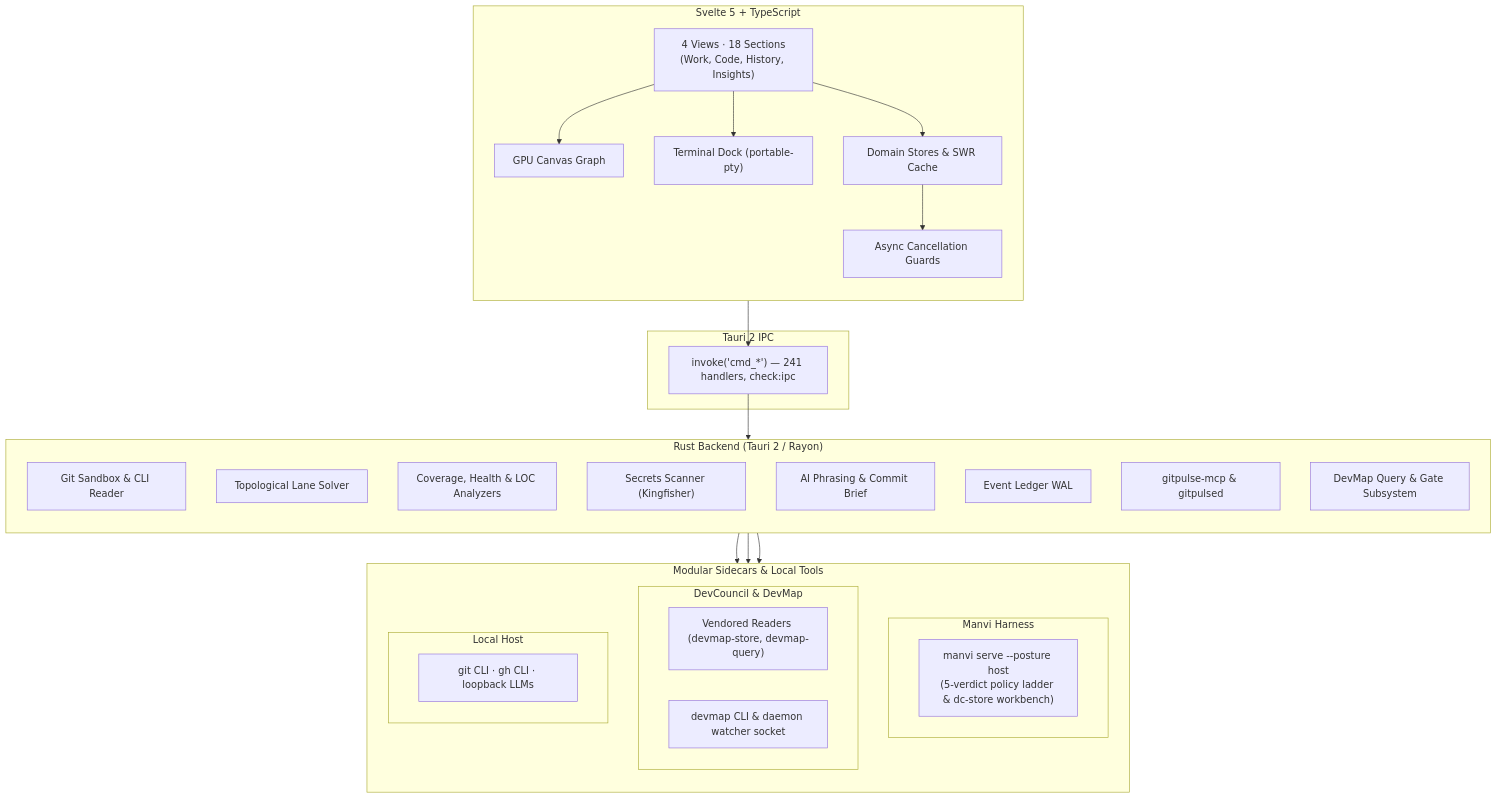
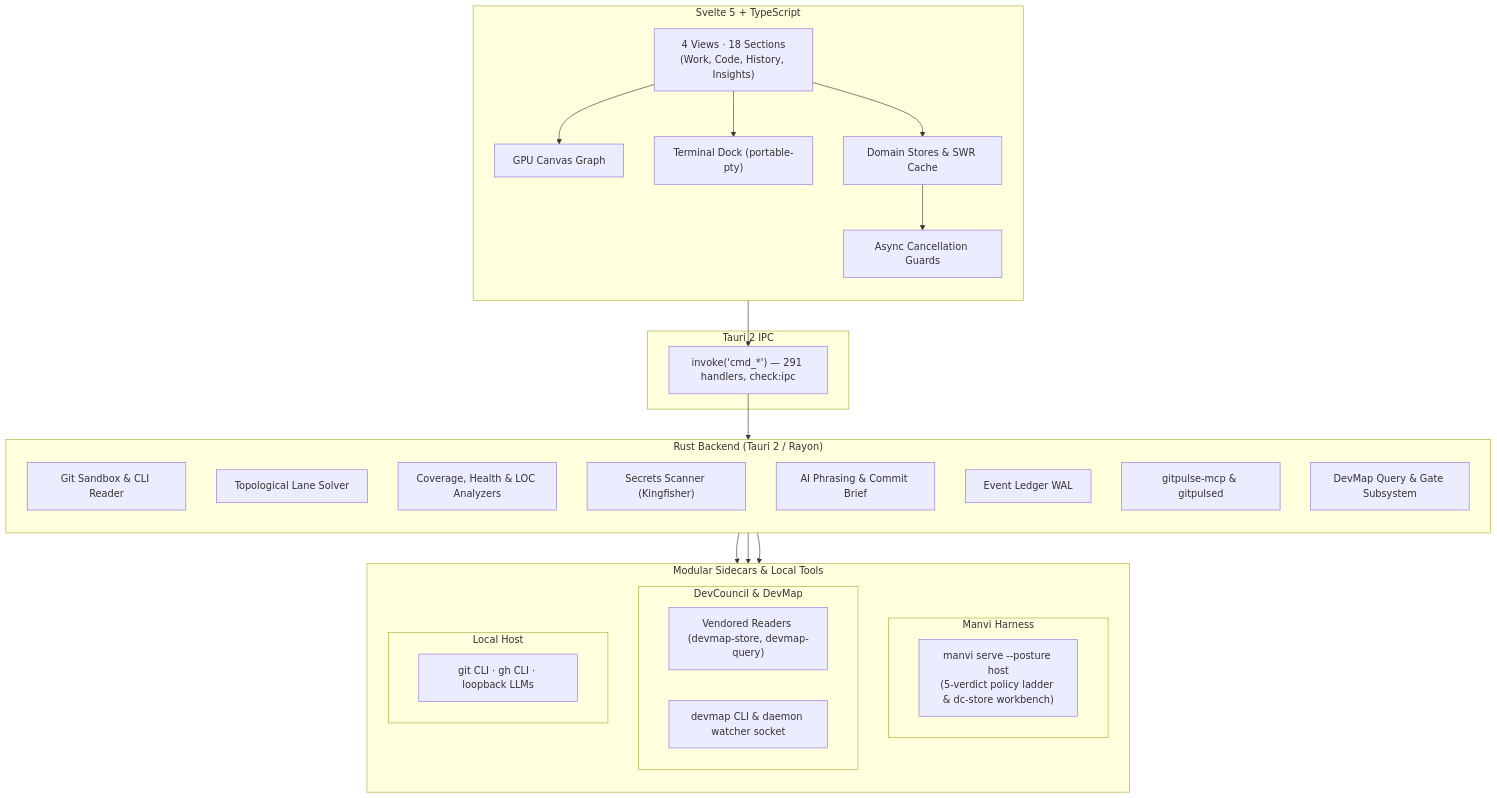
The first of 2 diagrams in wiki/Architecture.md (bharathvbcr/GitPulse), drawn with Mermaid before and after one commit. The commit also changed other lines of this file and 13 other files, not shown here.

First line of the commit message:
docs: the MCP server writes the task board; counts, schemas and binaries re-read

````diff
--- a/wiki/Architecture.md
+++ b/wiki/Architecture.md
@@ -7,50 +7,50 @@
 ```mermaid
 flowchart TB
     subgraph Frontend["Svelte 5 + TypeScript"]
         direction TB
         Views["4 Views · 18 Sections<br/>(Work, Code, History, Insights)"]
         Canvas["GPU Canvas Graph"]
         Dock["Terminal Dock (portable-pty)"]
         Stores["Domain Stores & SWR Cache"]
         Guards["Async Cancellation Guards"]
         Views --> Canvas
         Views --> Dock
         Views --> Stores --> Guards
     end
 
     subgraph IPC["Tauri 2 IPC"]
-        Bridge["invoke('cmd_*') — 241 handlers, check:ipc"]
+        Bridge["invoke('cmd_*') — 291 handlers, check:ipc"]
     end
 
     subgraph Backend["Rust Backend (Tauri 2 / Rayon)"]
         direction TB
         Git["Git Sandbox & CLI Reader"]
         Graph["Topological Lane Solver"]
         Analyzers["Coverage, Health & LOC Analyzers"]
         Secrets["Secrets Scanner (Kingfisher)"]
         AI["AI Phrasing & Commit Brief"]
         Ledger["Event Ledger WAL"]
         MCP["gitpulse-mcp & gitpulsed"]
         DevMapSubsys["DevMap Query & Gate Subsystem"]
     end
 
     subgraph Integrations["Modular Sidecars & Local Tools"]
         direction TB
         subgraph ManviBox["Manvi Harness"]
             Manvi["manvi serve --posture host<br/>(5-verdict policy ladder & dc-store workbench)"]
         end
         subgraph DevCouncilBox["DevCouncil & DevMap"]
             Vendored["Vendored Readers (devmap-store, devmap-query)"]
             DevMapCLI["devmap CLI & daemon watcher socket"]
         end
         subgraph LocalBox["Local Host"]
             LocalTools["git CLI · gh CLI · loopback LLMs"]
         end
     end
 
     Guards --> Bridge
     Bridge --> Backend
     Backend --> ManviBox
     Backend --> DevCouncilBox
     Backend --> LocalBox
 ```
````
